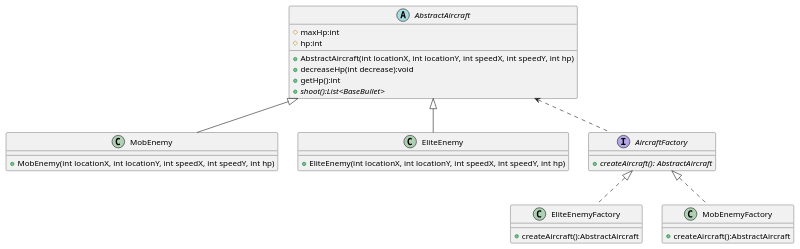
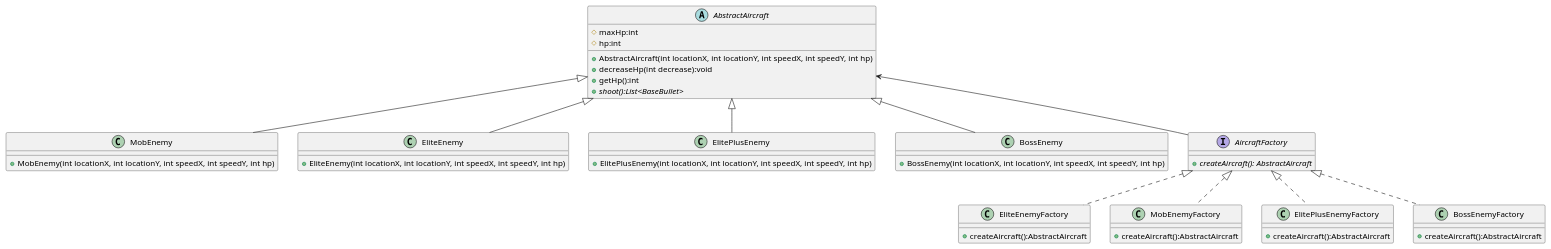
One commit to xrlexpert/Aircraft-War changed the diagram in uml/Aircraft_Factory_Pattern.puml. Above: the diagram before and after it, drawn with PlantUML. The commit also changed 4 other files, not shown here.

```diff
--- a/uml/Aircraft_Factory_Pattern.puml
+++ b/uml/Aircraft_Factory_Pattern.puml
@@ -1,31 +1,47 @@
 @startuml
 abstract class AbstractAircraft{
     # maxHp:int
     # hp:int
     + AbstractAircraft(int locationX, int locationY, int speedX, int speedY, int hp)
     + decreaseHp(int decrease):void
     + getHp():int
     + {abstract} shoot():List<BaseBullet>
 }
 class MobEnemy{
     + MobEnemy(int locationX, int locationY, int speedX, int speedY, int hp)
 }
 class EliteEnemy{
     + EliteEnemy(int locationX, int locationY, int speedX, int speedY, int hp)
 }
+class ElitePlusEnemy{
+    + ElitePlusEnemy(int locationX, int locationY, int speedX, int speedY, int hp)
+}
+class BossEnemy{
+    + BossEnemy(int locationX, int locationY, int speedX, int speedY, int hp)
+}
 interface AircraftFactory{
     +{abstract} createAircraft(): AbstractAircraft
 }
 class EliteEnemyFactory{
     + createAircraft():AbstractAircraft
 }
 class MobEnemyFactory{
     + createAircraft():AbstractAircraft
 }
+class ElitePlusEnemyFactory{
+    + createAircraft():AbstractAircraft
+}
+class BossEnemyFactory{
+    + createAircraft():AbstractAircraft
+}
+AbstractAircraft <-- AircraftFactory
 AbstractAircraft <|-- MobEnemy
 AbstractAircraft <|-- EliteEnemy
+AbstractAircraft <|-- ElitePlusEnemy
+AbstractAircraft <|-- BossEnemy
+
+AircraftFactory <|.. MobEnemyFactory
 AircraftFactory <|.. EliteEnemyFactory
-AircraftFactory <|.. MobEnemyFactory
-AbstractAircraft <.. AircraftFactory
-
+AircraftFactory <|.. ElitePlusEnemyFactory
+AircraftFactory <|.. BossEnemyFactory
 @enduml
```
